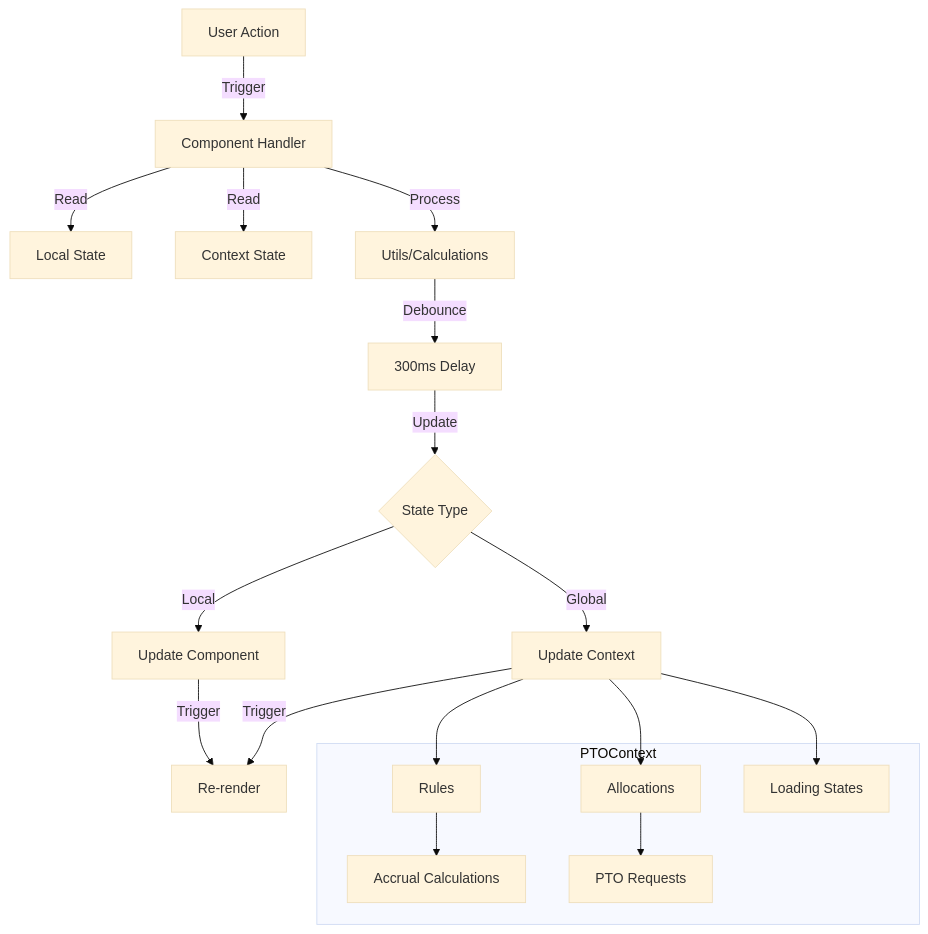
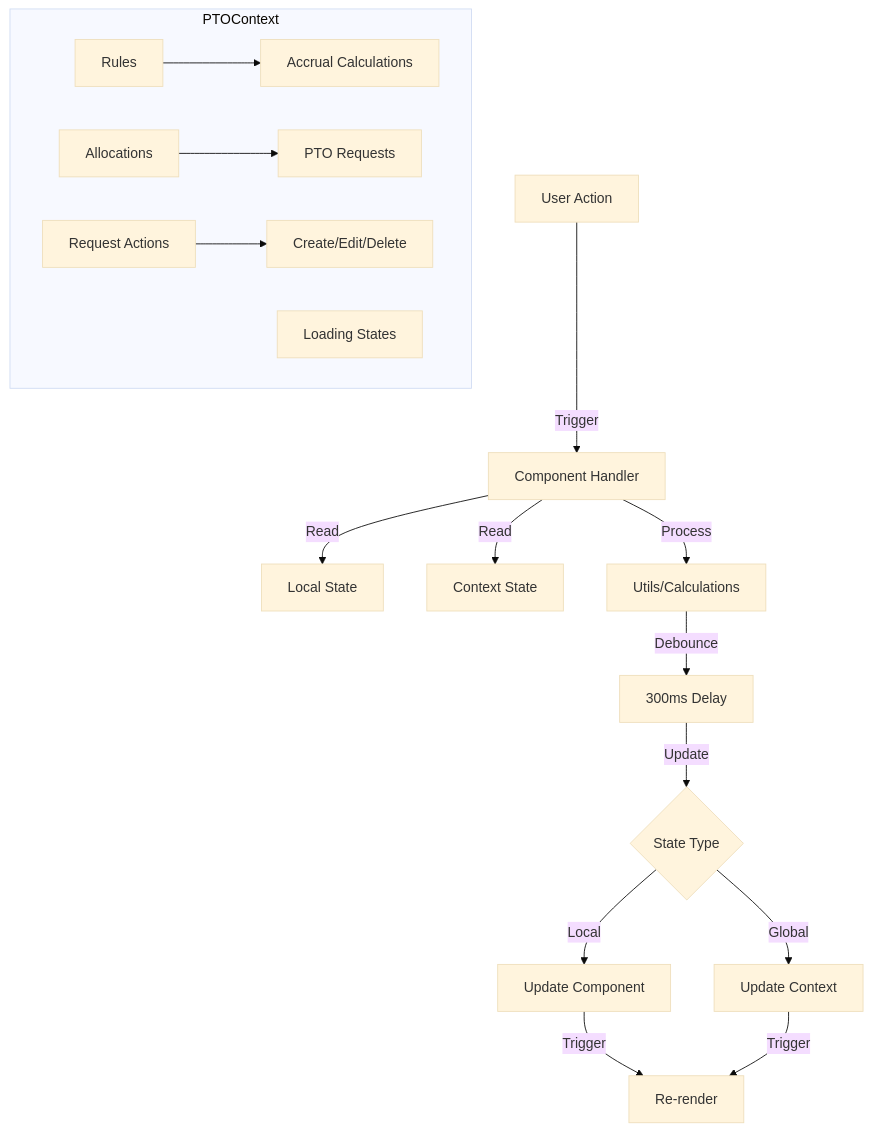
Before and after one commit to l2laihub/employee-time-tracking-app: the third of 3 diagrams in docs/features/pto/pto-feature-technical.md, drawn with Mermaid (base theme). The commit also changed other lines of this file and 1 other file, not shown here.

````diff
--- a/docs/features/pto/pto-feature-technical.md
+++ b/docs/features/pto/pto-feature-technical.md
@@ -84,20 +86,19 @@
 ```mermaid
 flowchart TD
     A[User Action] -->|Trigger| B[Component Handler]
     B -->|Read| C[Local State]
     B -->|Read| D[Context State]
     B -->|Process| E[Utils/Calculations]
     E -->|Debounce| F[300ms Delay]
     F -->|Update| G{State Type}
     G -->|Local| H[Update Component]
     G -->|Global| I[Update Context]
     H & I -->|Trigger| J[Re-render]
     
     subgraph PTOContext
         K[Rules] --> L[Accrual Calculations]
         M[Allocations] --> N[PTO Requests]
         O[Loading States]
+        P[Request Actions] --> Q[Create/Edit/Delete]
     end
-    
-    I --> K & M & O
 ```
````
